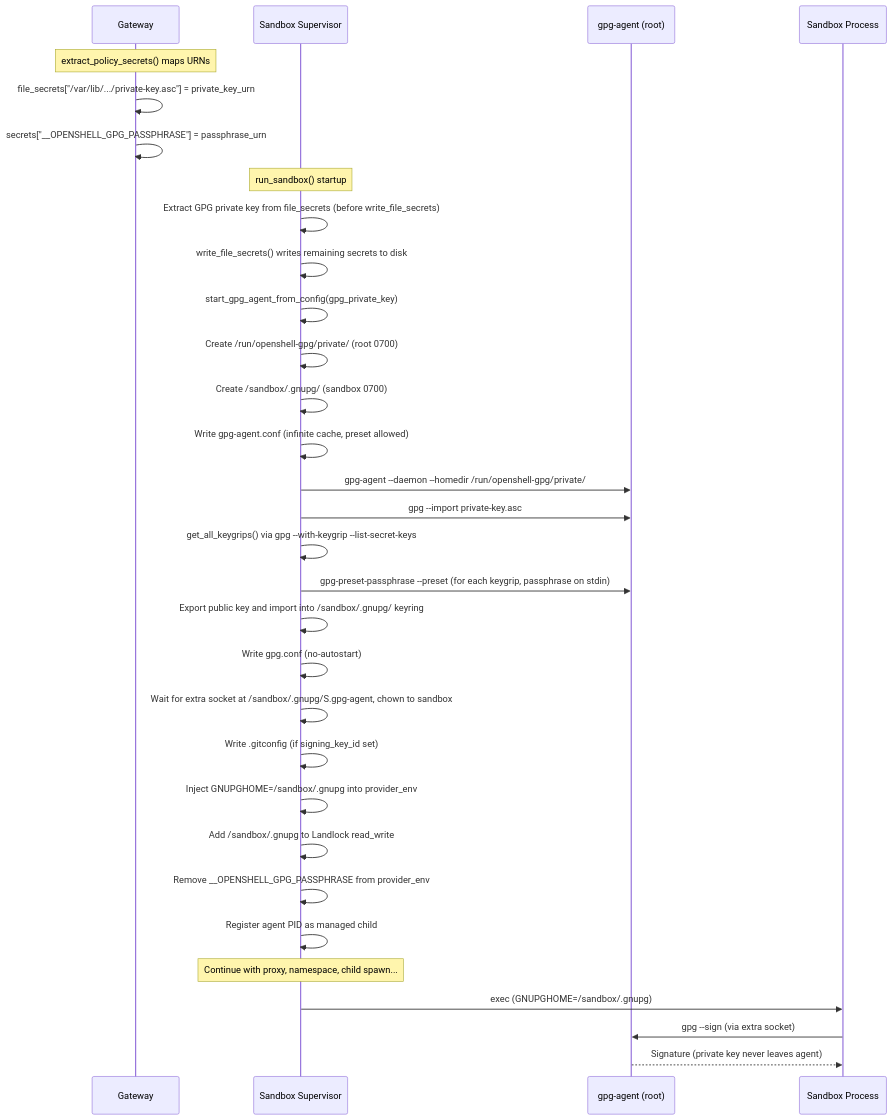
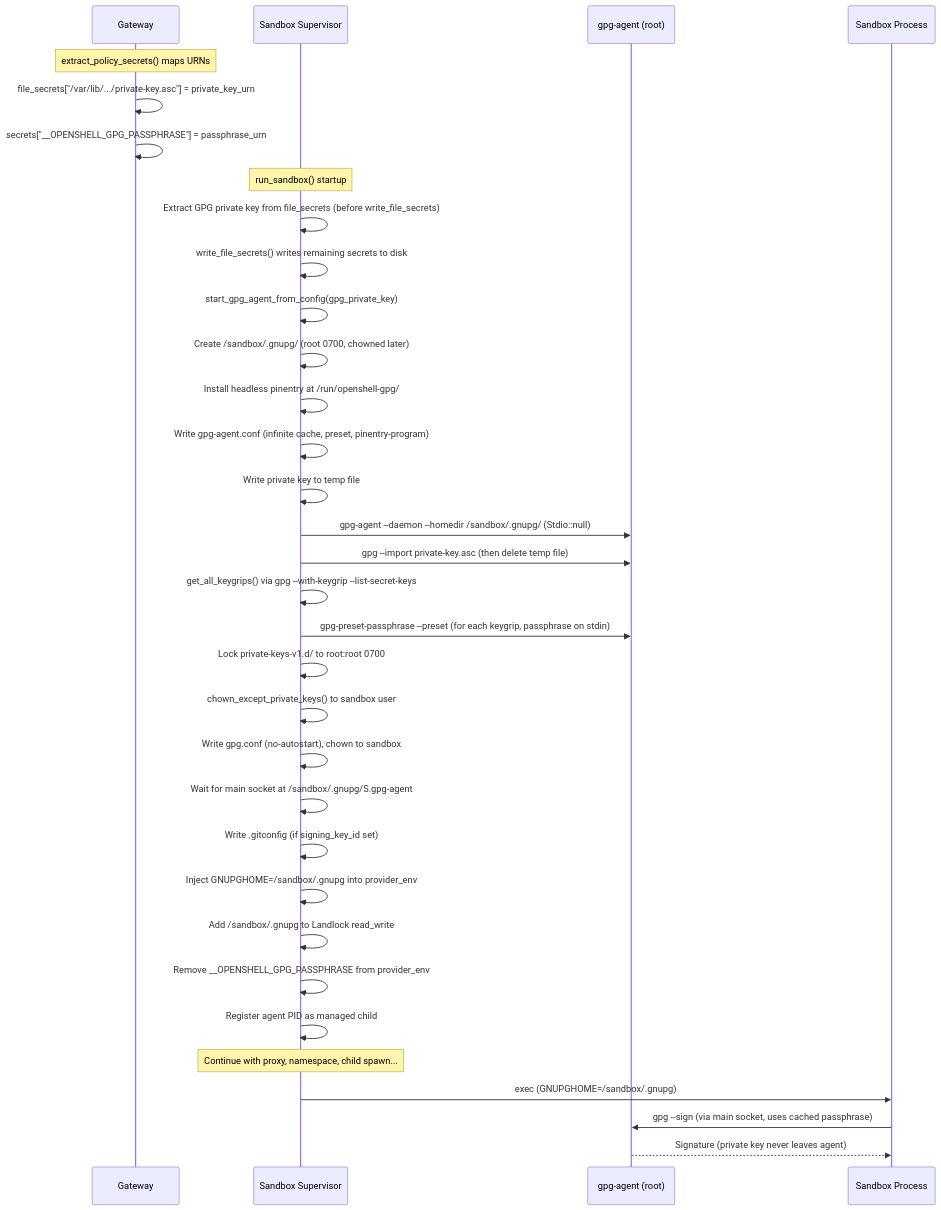
Diagram 12 of 14 in architecture/sandbox.md (kamil-keycard/OpenShell), drawn with Mermaid before and after one commit. The commit also changed other lines of this file, not shown here.

First line of the commit message:
docs(architecture): update sandbox GPG agent docs for single-homedir design

````diff
--- a/architecture/sandbox.md
+++ b/architecture/sandbox.md
@@ -1558,35 +1563,37 @@
 ```mermaid
 sequenceDiagram
     participant GW as Gateway
     participant SB as Sandbox Supervisor
     participant GA as gpg-agent (root)
     participant Child as Sandbox Process
 
     Note over GW: extract_policy_secrets() maps URNs
     GW->>GW: file_secrets["/var/lib/.../private-key.asc"] = private_key_urn
     GW->>GW: secrets["__OPENSHELL_GPG_PASSPHRASE"] = passphrase_urn
 
     Note over SB: run_sandbox() startup
     SB->>SB: Extract GPG private key from file_secrets (before write_file_secrets)
     SB->>SB: write_file_secrets() writes remaining secrets to disk
     SB->>SB: start_gpg_agent_from_config(gpg_private_key)
-    SB->>SB: Create /run/openshell-gpg/private/ (root 0700)
-    SB->>SB: Create /sandbox/.gnupg/ (sandbox 0700)
-    SB->>SB: Write gpg-agent.conf (infinite cache, preset allowed)
-    SB->>GA: gpg-agent --daemon --homedir /run/openshell-gpg/private/
-    SB->>GA: gpg --import private-key.asc
+    SB->>SB: Create /sandbox/.gnupg/ (root 0700, chowned later)
+    SB->>SB: Install headless pinentry at /run/openshell-gpg/
+    SB->>SB: Write gpg-agent.conf (infinite cache, preset, pinentry-program)
+    SB->>SB: Write private key to temp file
+    SB->>GA: gpg-agent --daemon --homedir /sandbox/.gnupg/ (Stdio::null)
+    SB->>GA: gpg --import private-key.asc (then delete temp file)
     SB->>SB: get_all_keygrips() via gpg --with-keygrip --list-secret-keys
     SB->>GA: gpg-preset-passphrase --preset (for each keygrip, passphrase on stdin)
-    SB->>SB: Export public key and import into /sandbox/.gnupg/ keyring
-    SB->>SB: Write gpg.conf (no-autostart)
-    SB->>SB: Wait for extra socket at /sandbox/.gnupg/S.gpg-agent, chown to sandbox
+    SB->>SB: Lock private-keys-v1.d/ to root:root 0700
+    SB->>SB: chown_except_private_keys() to sandbox user
+    SB->>SB: Write gpg.conf (no-autostart), chown to sandbox
+    SB->>SB: Wait for main socket at /sandbox/.gnupg/S.gpg-agent
     SB->>SB: Write .gitconfig (if signing_key_id set)
     SB->>SB: Inject GNUPGHOME=/sandbox/.gnupg into provider_env
     SB->>SB: Add /sandbox/.gnupg to Landlock read_write
     SB->>SB: Remove __OPENSHELL_GPG_PASSPHRASE from provider_env
     SB->>SB: Register agent PID as managed child
     Note over SB: Continue with proxy, namespace, child spawn...
     SB->>Child: exec (GNUPGHOME=/sandbox/.gnupg)
-    Child->>GA: gpg --sign (via extra socket)
+    Child->>GA: gpg --sign (via main socket, uses cached passphrase)
     GA-->>Child: Signature (private key never leaves agent)
 ```
````
